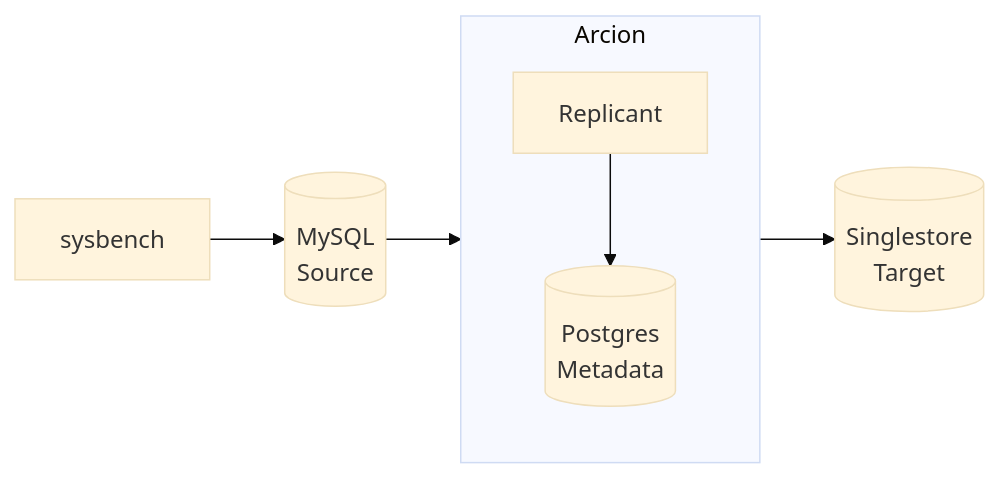
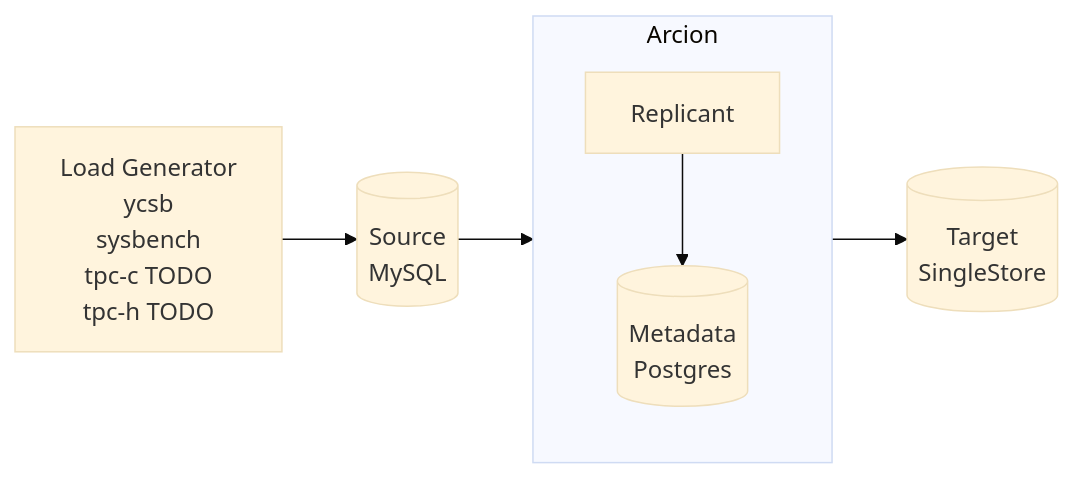
Before and after one commit to arcionlabs/arcion-loadgen: the diagram in README.md, drawn with Mermaid (base theme). The commit also changed other lines of this file and 25 other files, not shown here.

````diff
--- a/README.md
+++ b/README.md
@@ -11,8 +10,8 @@
 ```mermaid
 flowchart LR
     subgraph Arcion
       direction TB
-        a[Replicant] --> p[(Postgres <br>Metadata)]
+        a[Replicant] --> p[(Metadata<br>Postgres )]
     end
-    b[sysbench] --> m[(MySQL <br>Source)] --> Arcion --> s[(Singlestore <br>Target)]
+    b[Load Generator <br>ycsb <br>sysbench <br>tpc-c TODO <br>tpc-h TODO] --> S[(Source <br>MySQL)] --> Arcion --> t[(Target<br>SingleStore)]
 ```
````
